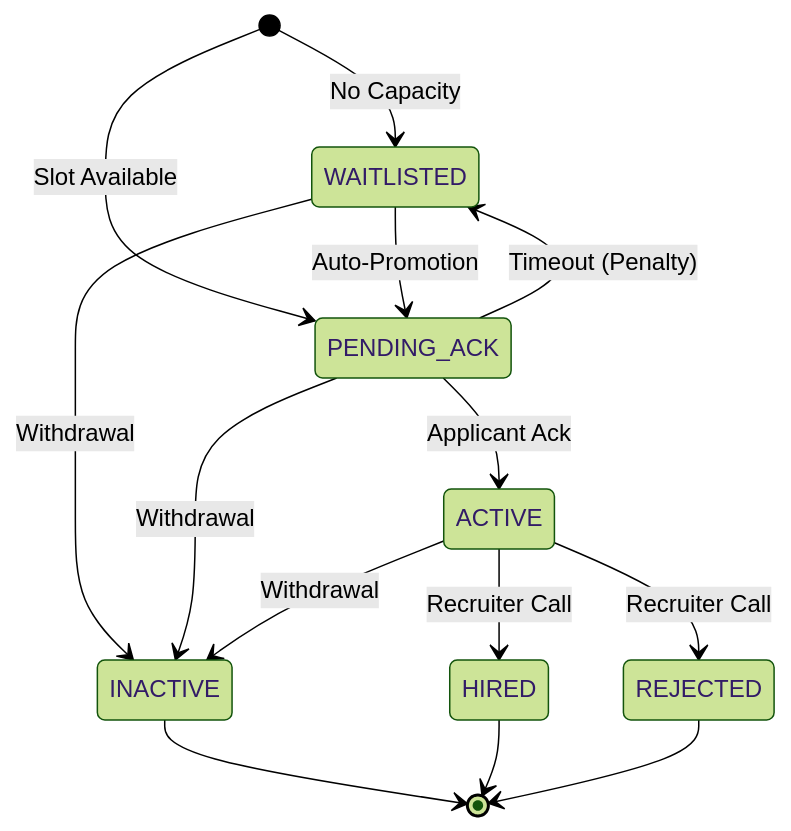
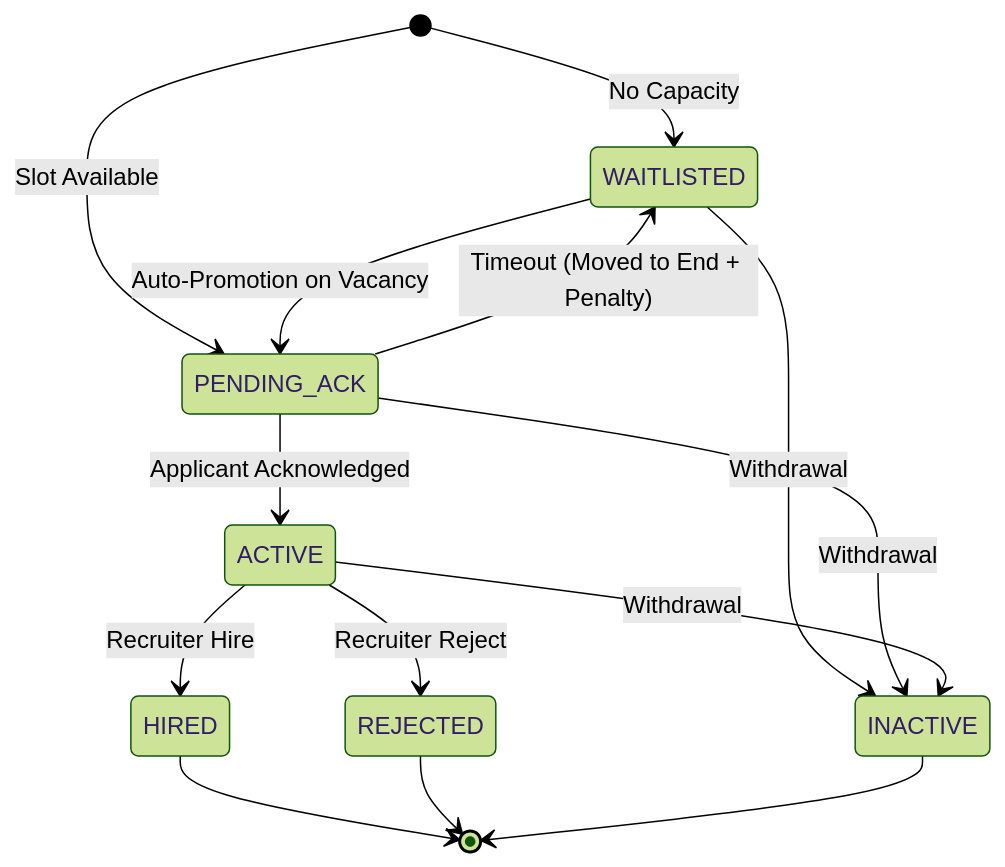
The diagram in README.md (akashgoudsidduluri/xcel-crowd), drawn with Mermaid (forest theme) before and after one commit. The commit also changed other lines of this file, not shown here.

````diff
--- a/README.md
+++ b/README.md
@@ -21,20 +32,16 @@
 ```mermaid
 stateDiagram-v2
     [*] --> WAITLISTED: No Capacity
     [*] --> PENDING_ACK: Slot Available
-    
-    WAITLISTED --> PENDING_ACK: Auto-Promotion
+    WAITLISTED --> PENDING_ACK: Auto-Promotion on Vacancy
+    PENDING_ACK --> ACTIVE: Applicant Acknowledged
+    PENDING_ACK --> WAITLISTED: Timeout (Moved to End + Penalty)
+    ACTIVE --> HIRED: Recruiter Hire
+    ACTIVE --> REJECTED: Recruiter Reject
     WAITLISTED --> INACTIVE: Withdrawal
-    
-    PENDING_ACK --> ACTIVE: Applicant Ack
-    PENDING_ACK --> WAITLISTED: Timeout (Penalty)
     PENDING_ACK --> INACTIVE: Withdrawal
-    
-    ACTIVE --> HIRED: Recruiter Call
-    ACTIVE --> REJECTED: Recruiter Call
     ACTIVE --> INACTIVE: Withdrawal
-    
-    INACTIVE --> [*]
     HIRED --> [*]
     REJECTED --> [*]
+    INACTIVE --> [*]
 ```
````
